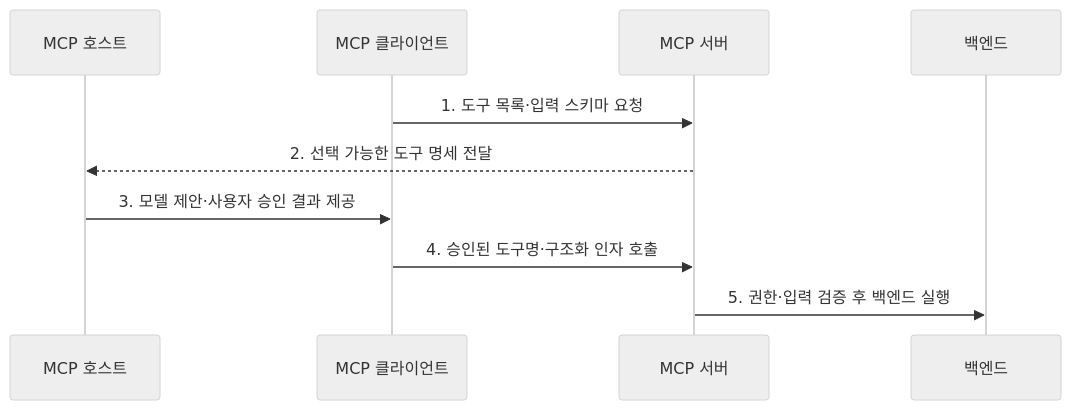
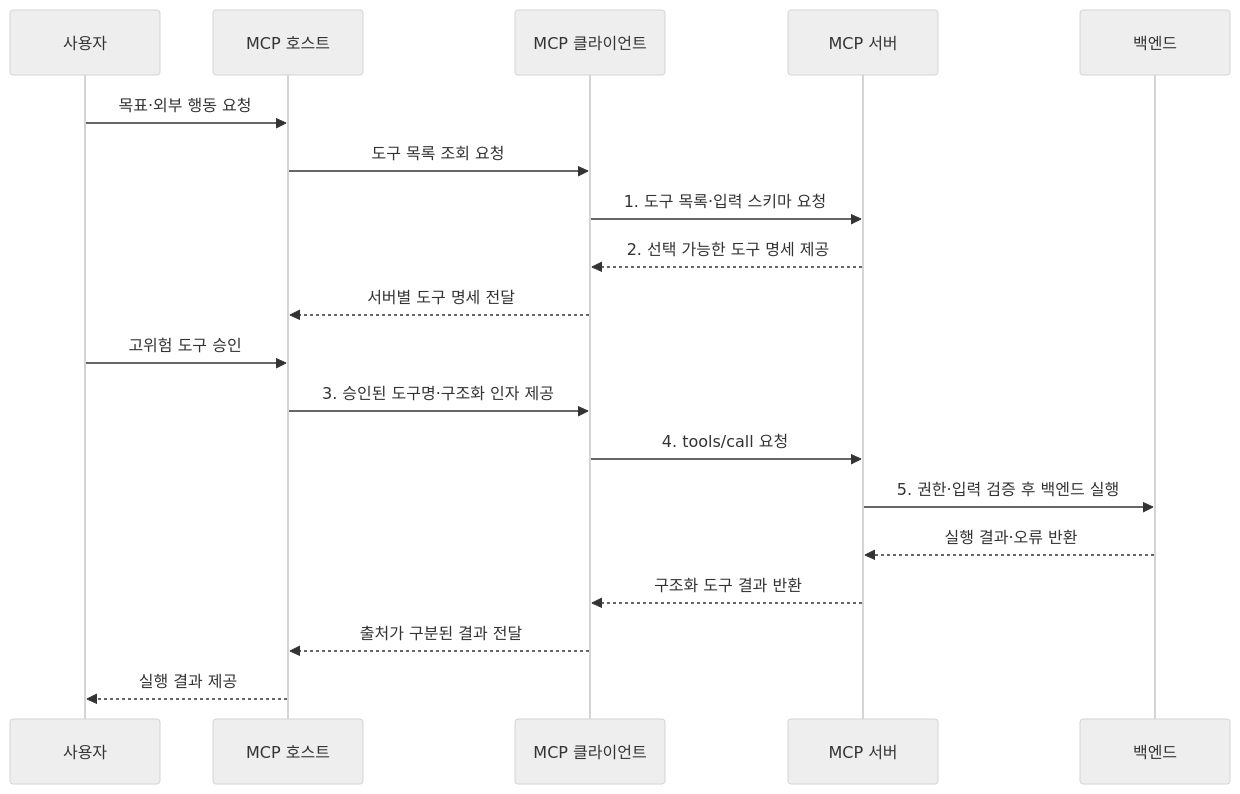
One commit to agnusdei1207/knowledge-base changed the second of 2 diagrams in src/content/docs/notes/08-latest-tech/010_mcp_tool.md. Above: the diagram before and after it, drawn with Mermaid (neutral theme). The commit also changed other lines of this file and 225 other files, not shown here.

````diff
--- a/src/content/docs/notes/08-latest-tech/010_mcp_tool.md
+++ b/src/content/docs/notes/08-latest-tech/010_mcp_tool.md
@@ -77,12 +77,21 @@
 ```mermaid
 sequenceDiagram
+    participant U as 사용자
     participant H as MCP 호스트
     participant C as MCP 클라이언트
     participant S as MCP 서버
     participant B as 백엔드
+    U->>H: 목표·외부 행동 요청
+    H->>C: 도구 목록 조회 요청
     C->>S: 1. 도구 목록·입력 스키마 요청
-    S-->>H: 2. 선택 가능한 도구 명세 전달
-    H->>C: 3. 모델 제안·사용자 승인 결과 제공
-    C->>S: 4. 승인된 도구명·구조화 인자 호출
+    S-->>C: 2. 선택 가능한 도구 명세 제공
+    C-->>H: 서버별 도구 명세 전달
+    U->>H: 고위험 도구 승인
+    H->>C: 3. 승인된 도구명·구조화 인자 제공
+    C->>S: 4. tools/call 요청
     S->>B: 5. 권한·입력 검증 후 백엔드 실행
+    B-->>S: 실행 결과·오류 반환
+    S-->>C: 구조화 도구 결과 반환
+    C-->>H: 출처가 구분된 결과 전달
+    H-->>U: 실행 결과 제공
 ```
````
